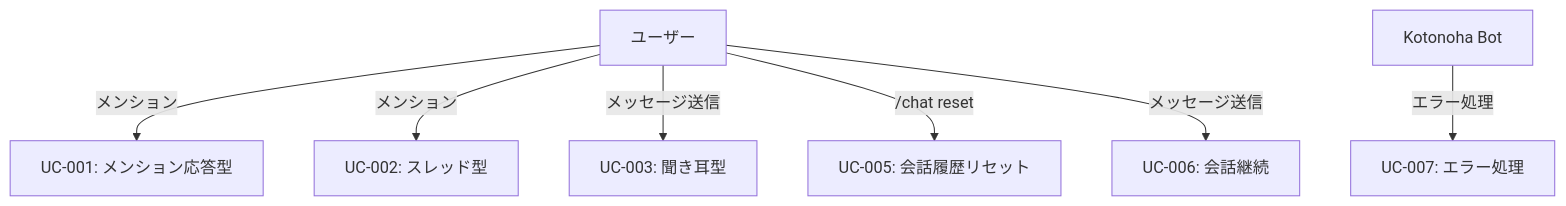
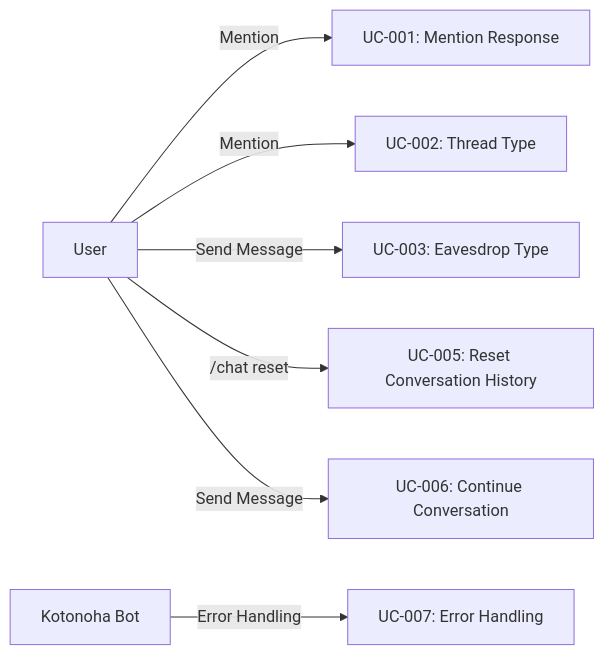
The diagram in docs/requirements/use-cases.md (fluxrozin/kotonoha-bot), drawn with Mermaid before and after one commit. The commit also changed other lines of this file and 42 other files, not shown here.

First line of the commit message:
Enhance configuration and documentation for thread management and eavesdrop functionality

````diff
--- a/docs/requirements/use-cases.md
+++ b/docs/requirements/use-cases.md
@@ -256,13 +308,13 @@
 ```mermaid
-graph TB
-    User[ユーザー]
+graph LR
+    User[User]
     Bot[Kotonoha Bot]
 
-    User -->|メンション| UC001[UC-001: メンション応答型]
-    User -->|メンション| UC002[UC-002: スレッド型]
-    User -->|メッセージ送信| UC003[UC-003: 聞き耳型]
-    User -->|/chat reset| UC005[UC-005: 会話履歴リセット]
-    User -->|メッセージ送信| UC006[UC-006: 会話継続]
+    User -->|Mention| UC001[UC-001: Mention Response]
+    User -->|Mention| UC002[UC-002: Thread Type]
+    User -->|Send Message| UC003[UC-003: Eavesdrop Type]
+    User -->|/chat reset| UC005[UC-005: Reset Conversation History]
+    User -->|Send Message| UC006[UC-006: Continue Conversation]
 
-    Bot -->|エラー処理| UC007[UC-007: エラー処理]
+    Bot -->|Error Handling| UC007[UC-007: Error Handling]
 ```
````
